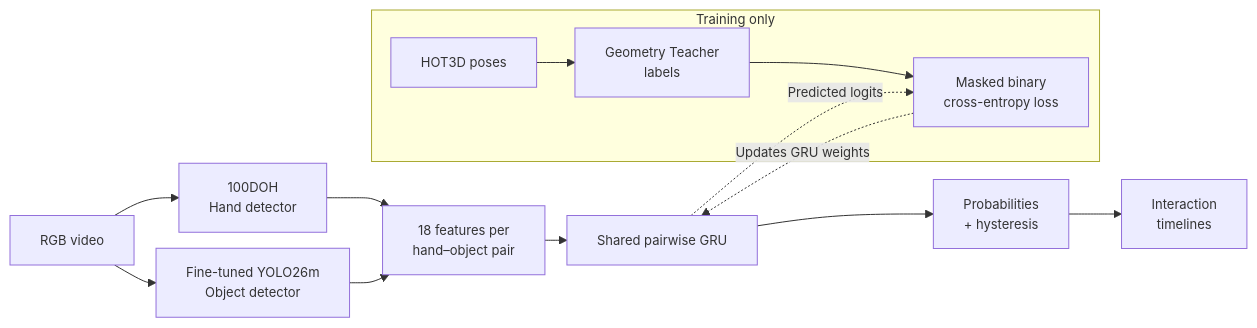
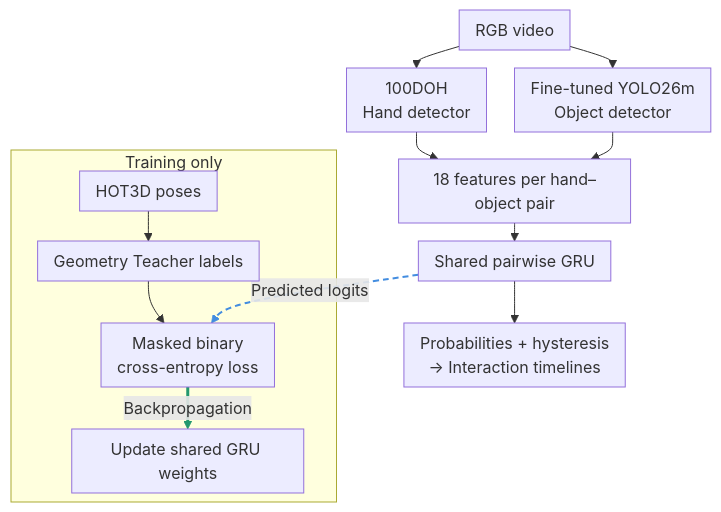
One commit to dheller307/egouse changed the first of 2 diagrams in README.md. Above: the diagram before and after it, drawn with Mermaid.

Commit message:
Clarify the Teacher and loss paths in the architecture diagram

````diff
--- a/README.md
+++ b/README.md
@@ -24,18 +24,21 @@
 ```mermaid
-%%{init: {"flowchart": {"nodeSpacing": 16, "rankSpacing": 22}, "themeVariables": {"fontSize": "13px"}}}%%
-flowchart LR
+%%{init: {"flowchart": {"nodeSpacing": 28, "rankSpacing": 18, "padding": 8}, "themeVariables": {"fontSize": "16px"}}}%%
+flowchart TB
     V["RGB video"] --> H["100DOH<br/>Hand detector"]
-    V --> ODET["Fine-tuned YOLO26m<br/>Object detector"]
-    H --> F["18 features per<br/>hand–object pair"]
-    ODET --> F
+    V --> D["Fine-tuned YOLO26m<br/>Object detector"]
+    H --> F["18 features per hand–object pair"]
+    D --> F
     F --> G["Shared pairwise GRU"]
-    G --> O["Probabilities<br/>+ hysteresis"] --> T["Interaction<br/>timelines"]
+    G --> T["Probabilities + hysteresis<br/>→ Interaction timelines"]
 
     subgraph TRAIN["Training only"]
-        P["HOT3D poses"] --> A["Geometry Teacher<br/>labels"]
+        P["HOT3D poses"] --> A["Geometry Teacher labels"]
         A --> L["Masked binary<br/>cross-entropy loss"]
+        L == Backpropagation ==> U["Update shared GRU weights"]
     end
 
     G -. Predicted logits .-> L
-    L -. Updates GRU weights .-> G
+
+    linkStyle 8 stroke:#23986e,stroke-width:3px
+    linkStyle 9 stroke:#438de0,stroke-width:2px,stroke-dasharray:6 4
 ```
````
